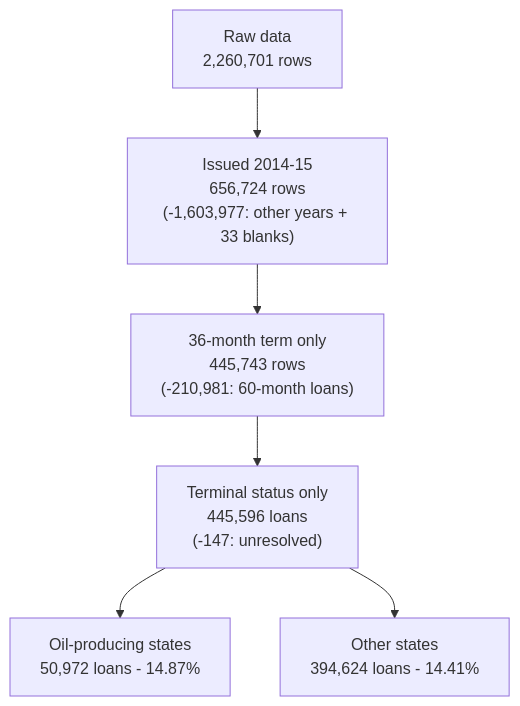
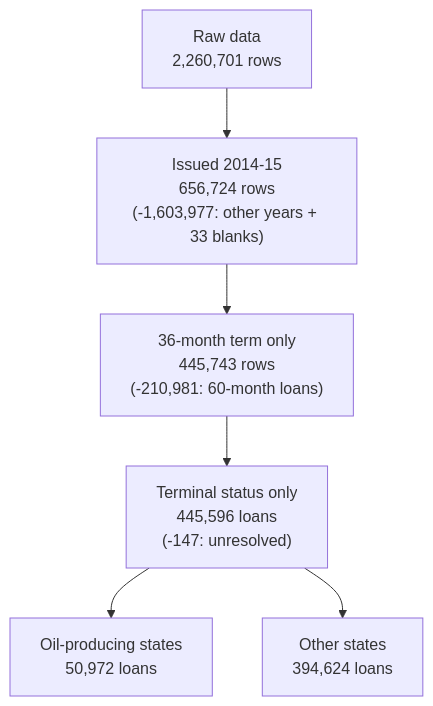
Before and after one commit to Tarjani-dev/Oil-Price-Shock-Regional-Volatility: the first of 4 diagrams in README.md, drawn with Mermaid. The commit also changed other lines of this file, not shown here.

````diff
--- a/README.md
+++ b/README.md
@@ -31,8 +46,8 @@
 ```mermaid
-flowchart
+flowchart TD
     A["Raw data\n2,260,701 rows"] --> B["Issued 2014-15\n656,724 rows\n(-1,603,977: other years + 33 blanks)"]
     B --> C["36-month term only\n445,743 rows\n(-210,981: 60-month loans)"]
     C --> D["Terminal status only\n445,596 loans\n(-147: unresolved)"]
-    D --> E["Oil-producing states\n50,972 loans - 14.87%"]
-    D --> F["Other states\n394,624 loans - 14.41%"]
+    D --> E["Oil-producing states\n50,972 loans"]
+    D --> F["Other states\n394,624 loans"]
 ```
````
